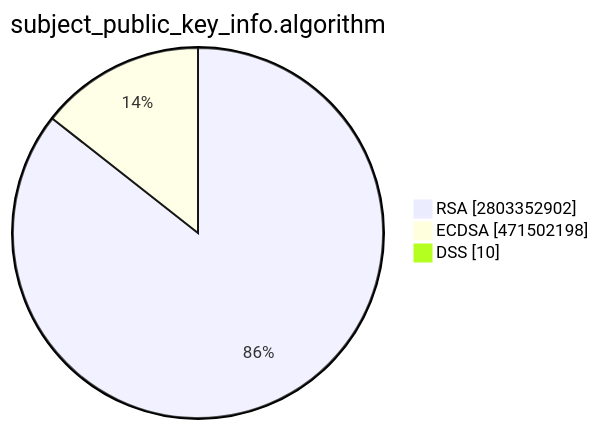
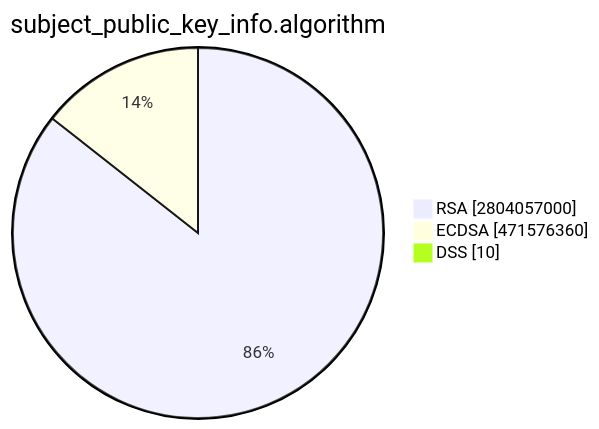
The second of 15 diagrams in TOTAL/README.md (christiankrug/ctmonitor_visualization), drawn with Mermaid before and after one commit. The commit also changed other lines of this file, not shown here.

````diff
--- a/TOTAL/README.md
+++ b/TOTAL/README.md
@@ -6,7 +6,7 @@
 ```mermaid
 pie showData
 title subject_public_key_info.algorithm
-"RSA" :2803352902
-"ECDSA" :471502198
+"RSA" :2804057000
+"ECDSA" :471576360
 "DSS" :10
 ```
````
